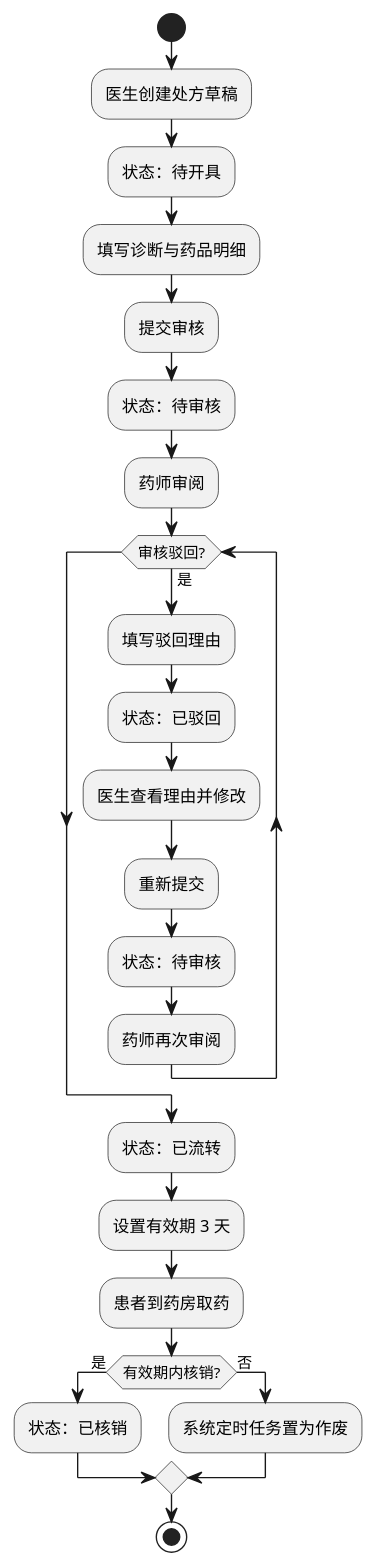
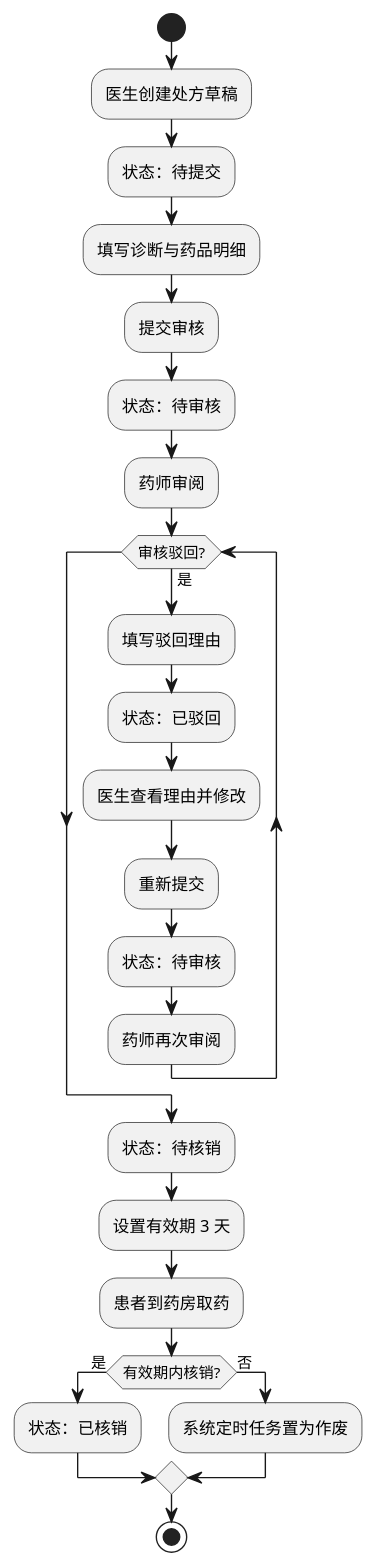
One commit to RefuseIOT/MedicinePlatform changed the diagram in docs/diagrams/activity-prescription.puml. Above: the diagram before and after it, drawn with PlantUML. The commit also changed 3 other files, not shown here.

```diff
--- a/docs/diagrams/activity-prescription.puml
+++ b/docs/diagrams/activity-prescription.puml
@@ -1,26 +1,26 @@
 @startuml 处方流转
 start
 :医生创建处方草稿;
-:状态：待开具;
+:状态：待提交;
 :填写诊断与药品明细;
 :提交审核;
 :状态：待审核;
 :药师审阅;
 while (审核驳回?) is (是)
   :填写驳回理由;
   :状态：已驳回;
   :医生查看理由并修改;
   :重新提交;
   :状态：待审核;
   :药师再次审阅;
 endwhile
-:状态：已流转;
+:状态：待核销;
 :设置有效期 3 天;
 :患者到药房取药;
 if (有效期内核销?) then (是)
   :状态：已核销;
 else (否)
   :系统定时任务置为作废;
 endif
 stop
 @enduml
```
